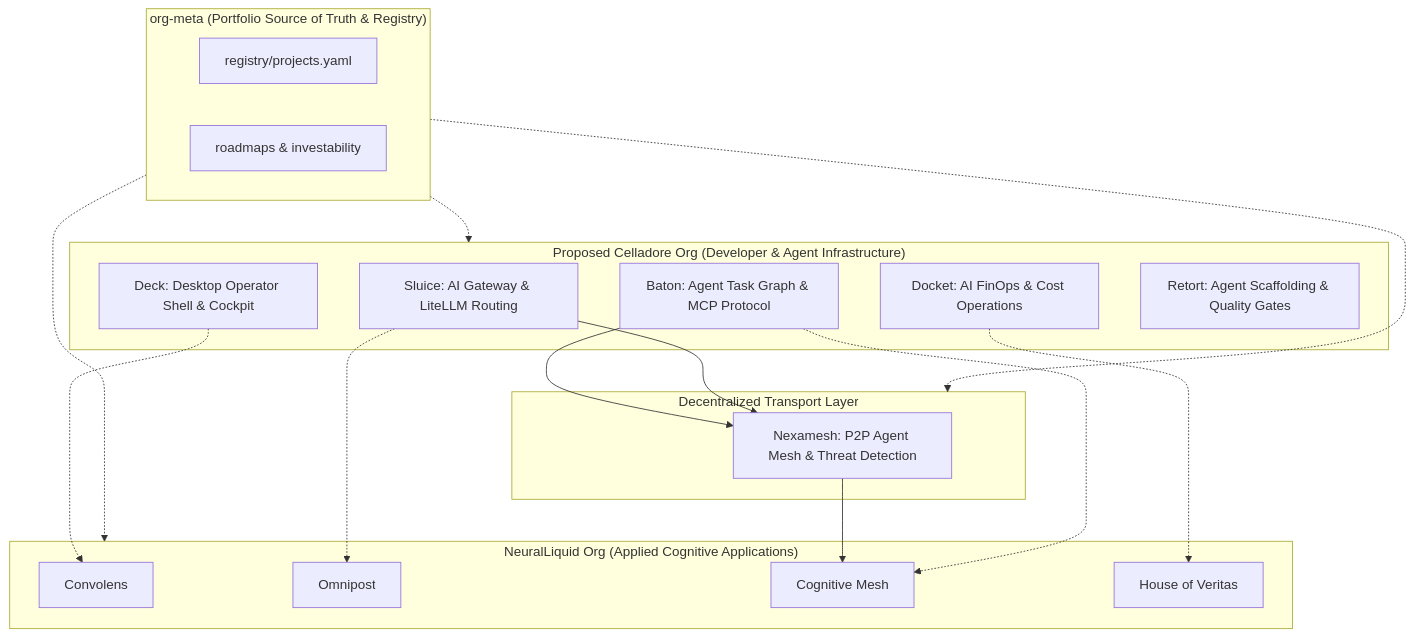
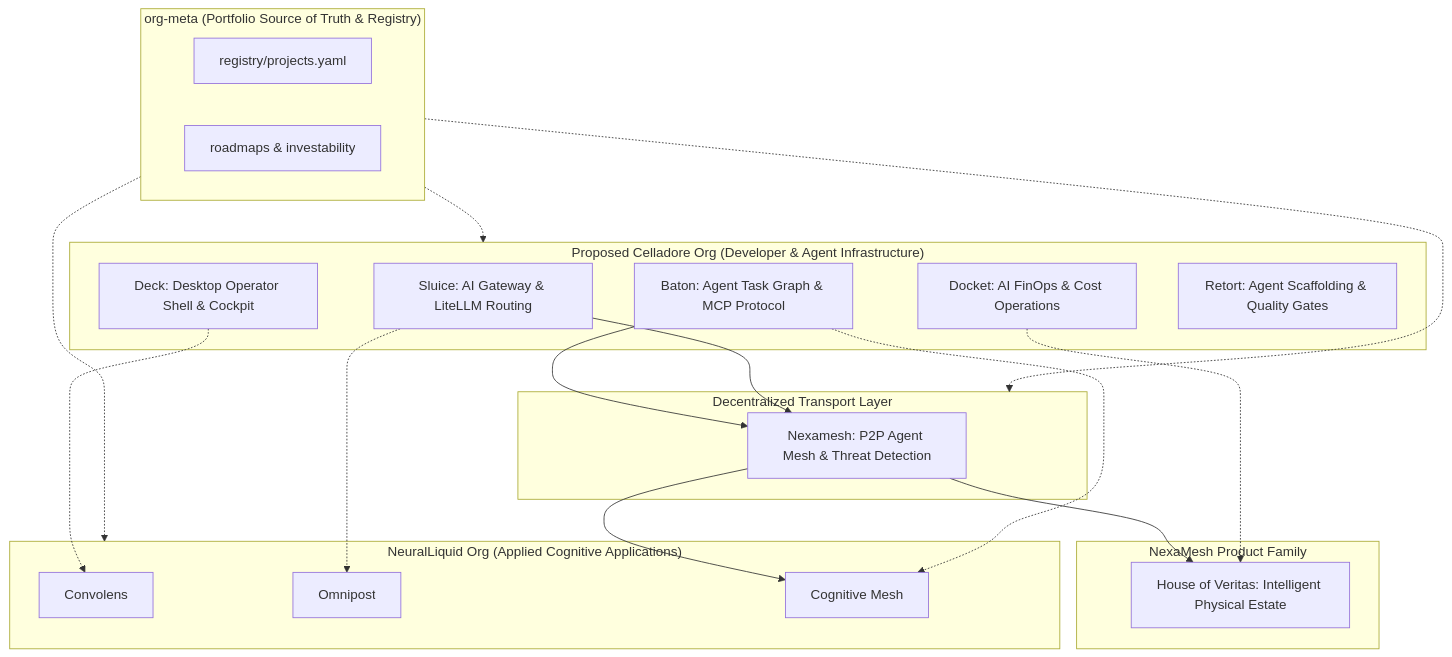
One commit to neuralliquid/neuralliquid-org changed the diagram in docs/adr/0003-celladore-org-split-exploration.md. Above: the diagram before and after it, drawn with Mermaid. The commit also changed other lines of this file and 10 other files, not shown here.

Commit message:
docs: define HOV NexaMesh product boundary

````diff
--- a/docs/adr/0003-celladore-org-split-exploration.md
+++ b/docs/adr/0003-celladore-org-split-exploration.md
@@ -53,38 +58,43 @@
 ```mermaid
 graph TD
     subgraph OrgMeta ["org-meta (Portfolio Source of Truth & Registry)"]
         REG[registry/projects.yaml]
         ROAD[roadmaps & investability]
     end
 
     subgraph Celladore ["Proposed Celladore Org (Developer & Agent Infrastructure)"]
         SL[Sluice: AI Gateway & LiteLLM Routing]
         DK[Docket: AI FinOps & Cost Operations]
         BT[Baton: Agent Task Graph & MCP Protocol]
         DC[Deck: Desktop Operator Shell & Cockpit]
         RT[Retort: Agent Scaffolding & Quality Gates]
     end
 
     subgraph Transport ["Decentralized Transport Layer"]
         NM[Nexamesh: P2P Agent Mesh & Threat Detection]
     end
 
     subgraph NeuralLiquid ["NeuralLiquid Org (Applied Cognitive Applications)"]
         CV[Convolens]
         OP[Omnipost]
         CM[Cognitive Mesh]
-        HV[House of Veritas]
+    end
+
+    subgraph NexaMeshProducts ["NexaMesh Product Family"]
+        HV[House of Veritas: Intelligent Physical Estate]
     end
 
     OrgMeta -.-> Celladore
     OrgMeta -.-> NeuralLiquid
     OrgMeta -.-> Transport
+
+    NM --> HV
 
     BT --> NM
     SL --> NM
     NM --> CM
     BT -.-> CM
     DK -.-> HV
     SL -.-> OP
     DC -.-> CV
 ```
````
